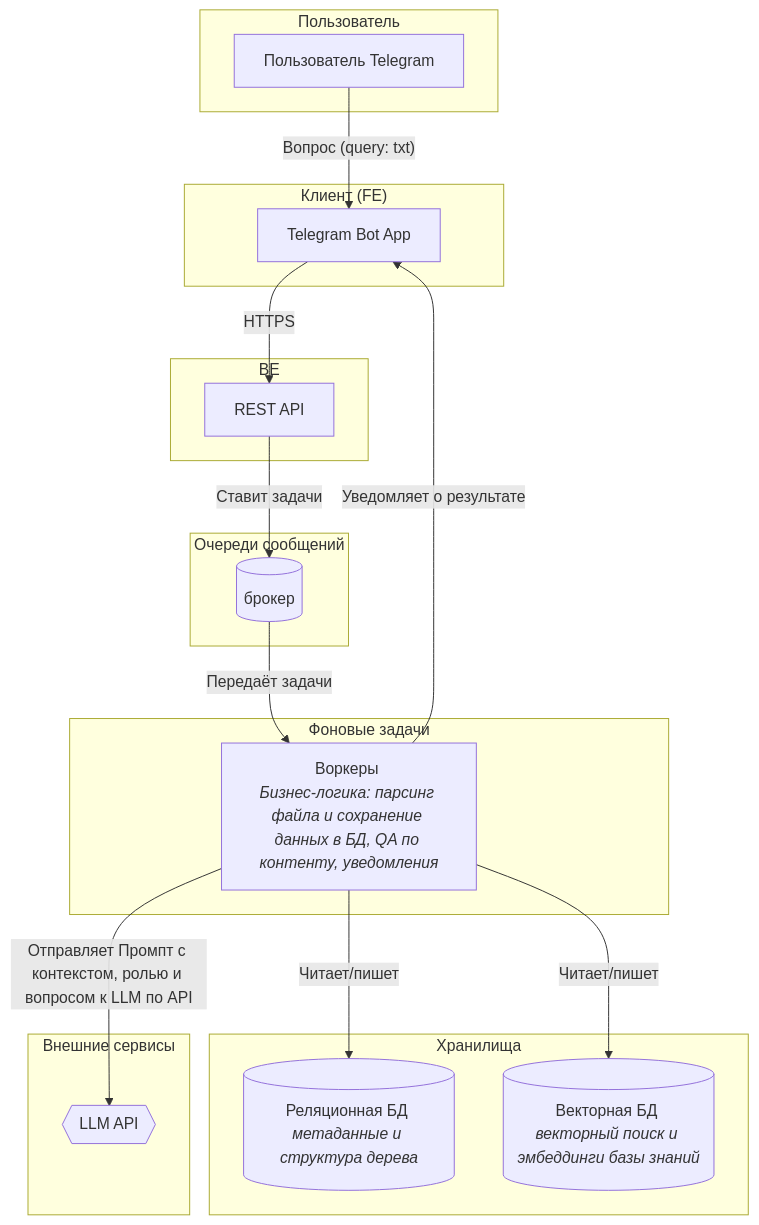
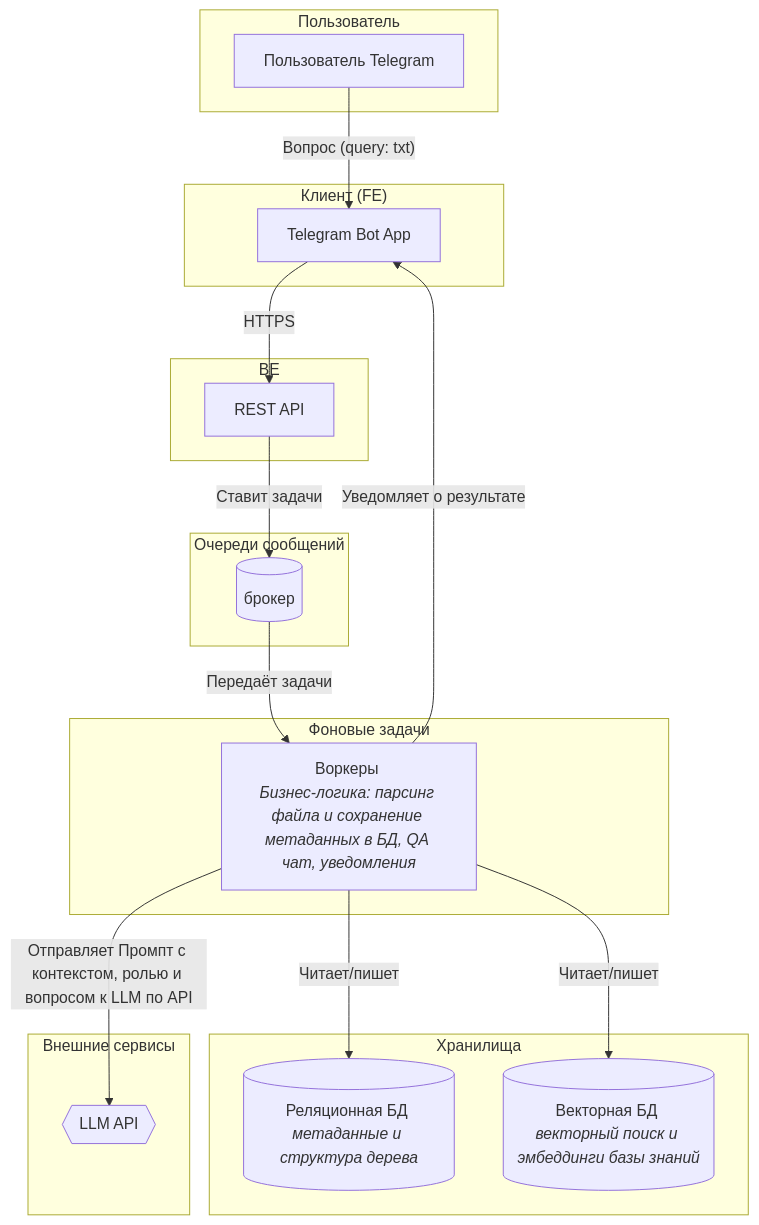
The diagram in Анастасия_Друзьянова/architect.MD (patolog123/Analyst-3.0), drawn with Mermaid before and after one commit.

````diff
--- a/Анастасия_Друзьянова/architect.MD
+++ b/Анастасия_Друзьянова/architect.MD
@@ -1,41 +1,41 @@
 ```mermaid
 graph TD
     subgraph "Пользователь"
         A[Пользователь Telegram]
     end
 
     subgraph "Клиент (FE)"
         B[Telegram Bot App]
     end
 
     subgraph "BE"
         C[REST API]
     end
 
     subgraph "Очереди сообщений"
         J[(брокер)]
     end
 
     subgraph "Фоновые задачи"
-        F[Воркеры <br><i>Бизнес-логика: парсинг файла и сохранение данных в БД, QA по контенту, уведомления</i>]
+        F[Воркеры <br><i>Бизнес-логика: парсинг файла и сохранение метаданных в БД, QA чат, уведомления</i>]
     end
 
     subgraph "Хранилища"
         G[(Реляционная БД <br><i>метаданные и структура дерева</i>)]
         I[(Векторная БД <br><i>векторный поиск и эмбеддинги базы знаний</i>)]
     end
 
     subgraph "Внешние сервисы"
         H{{LLM API}}
     end
 
     %% Связи между компонентами
     A -- Вопрос (query: txt) --> B
     B -- HTTPS --> C
     C -- Ставит задачи --> J
     J -- Передаёт задачи --> F
     F -- Отправляет Промпт с контекстом, ролью и вопросом к LLM по API --> H
     F -- Читает/пишет --> G
     F -- Читает/пишет --> I
     F -- Уведомляет о результате --> B
 ```
````
